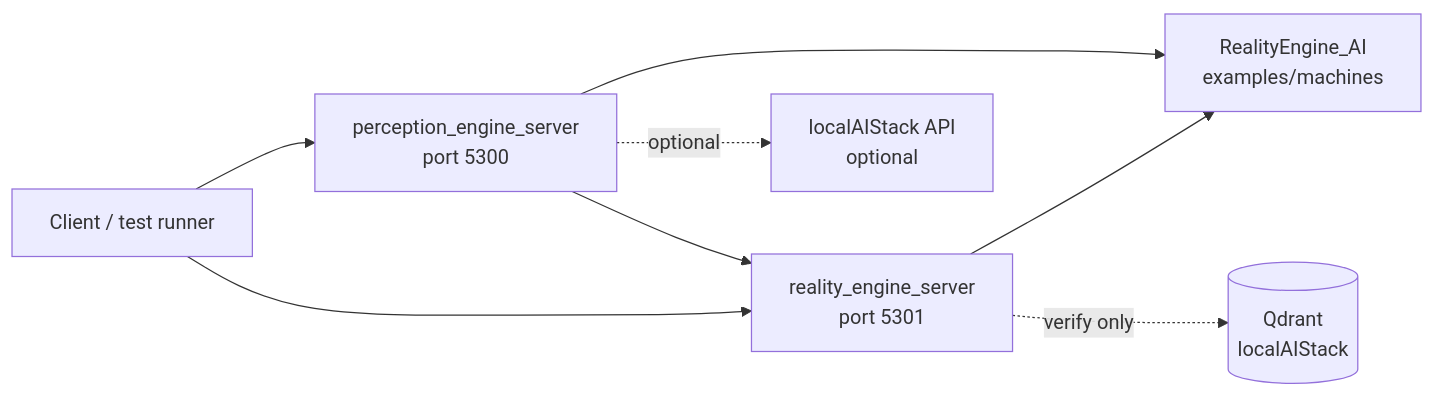
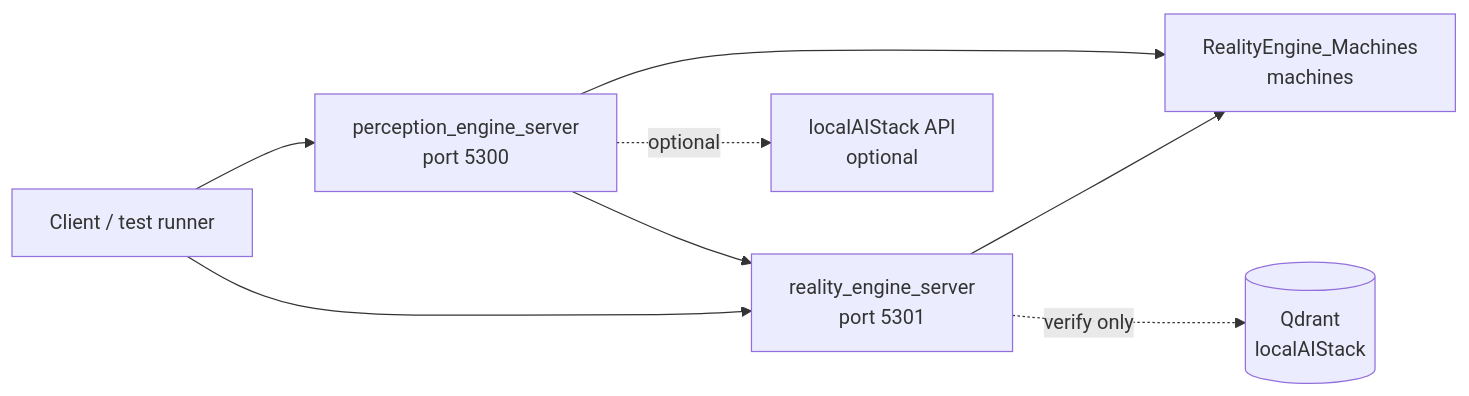
Before and after one commit to jateeter/RealityEngine_CPP: the first of 2 diagrams in wiki/Architecture.md, drawn with Mermaid. The commit also changed other lines of this file and 9 other files, not shown here.

````diff
--- a/wiki/Architecture.md
+++ b/wiki/Architecture.md
@@ -9,17 +9,17 @@
 ```mermaid
 flowchart LR
   Client[Client / test runner]
   PE[perception_engine_server<br/>port 5300]
   RE[reality_engine_server<br/>port 5301]
-  Corpus[RealityEngine_AI<br/>examples/machines]
+  Corpus[RealityEngine_Machines<br/>machines]
   Q[(Qdrant<br/>localAIStack)]
   AI[localAIStack API<br/>optional]
 
   Client --> PE
   Client --> RE
   PE --> RE
   RE --> Corpus
   PE --> Corpus
   PE -. optional .-> AI
   RE -. verify only .-> Q
 ```
````
